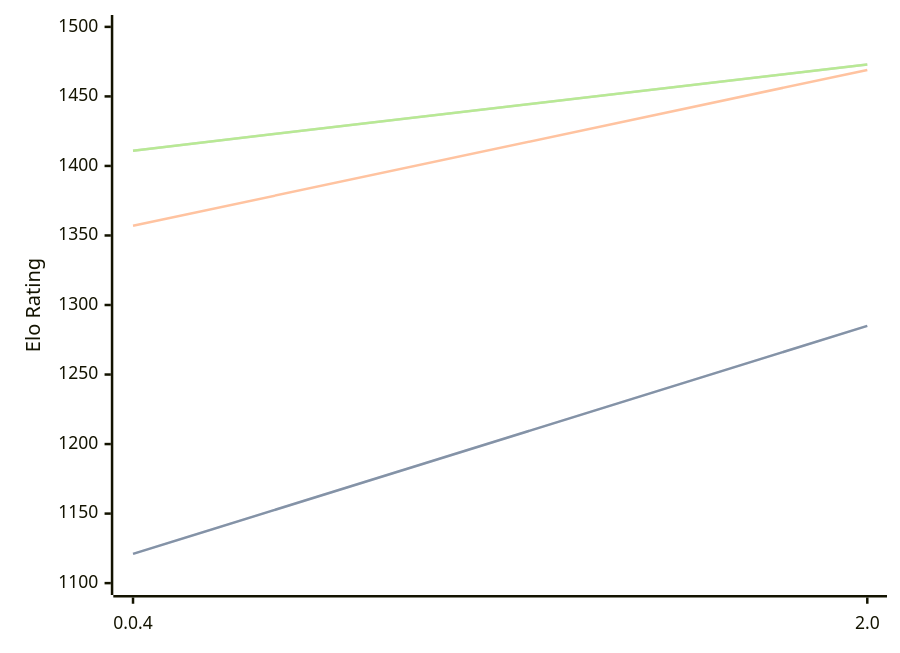
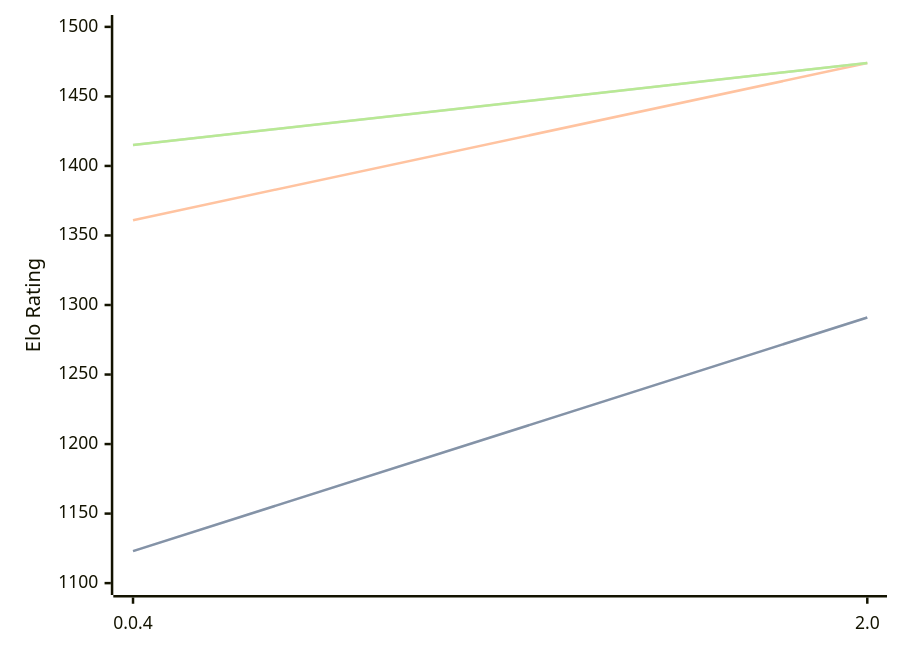
One commit to computer-chess-index/cci changed the diagram in engines/Oops!Mate.md. Above: the diagram before and after it, drawn with Mermaid. The commit also changed other lines of this file, not shown here.

Commit message:
Update CCI Ratings (ELO VLTC) - 2026-04-18

````diff
--- a/engines/Oops!Mate.md
+++ b/engines/Oops!Mate.md
@@ -51,11 +51,11 @@
 ```mermaid
 %%{init: {"theme":"base","themeVariables":{"seriesColors:['#a3a3a3','#222221','#faa371']}}}%%
 xychart-beta
   x-axis ["0.0.4", "2.0"]
   y-axis "Elo Rating" 1100 --> 1500
-  line "STC (8.0+0.08s)" [1121, 1285]
-  line "STC (8.0+0.08s)" [1121, 1285]
-  line "LTC (60.0+0.60s)" [1357, 1469]
-  line "VLTC (2m24s+1.12s)" [1411, 1473]
-  line "VLTC (2m24s+1.12s)" [1411, 1473]
+  line "STC (8.0+0.08s)" [1123, 1291]
+  line "STC (8.0+0.08s)" [1123, 1291]
+  line "LTC (60.0+0.60s)" [1361, 1474]
+  line "VLTC (2m24s+1.12s)" [1415, 1474]
+  line "VLTC (2m24s+1.12s)" [1415, 1474]
 ```
````
